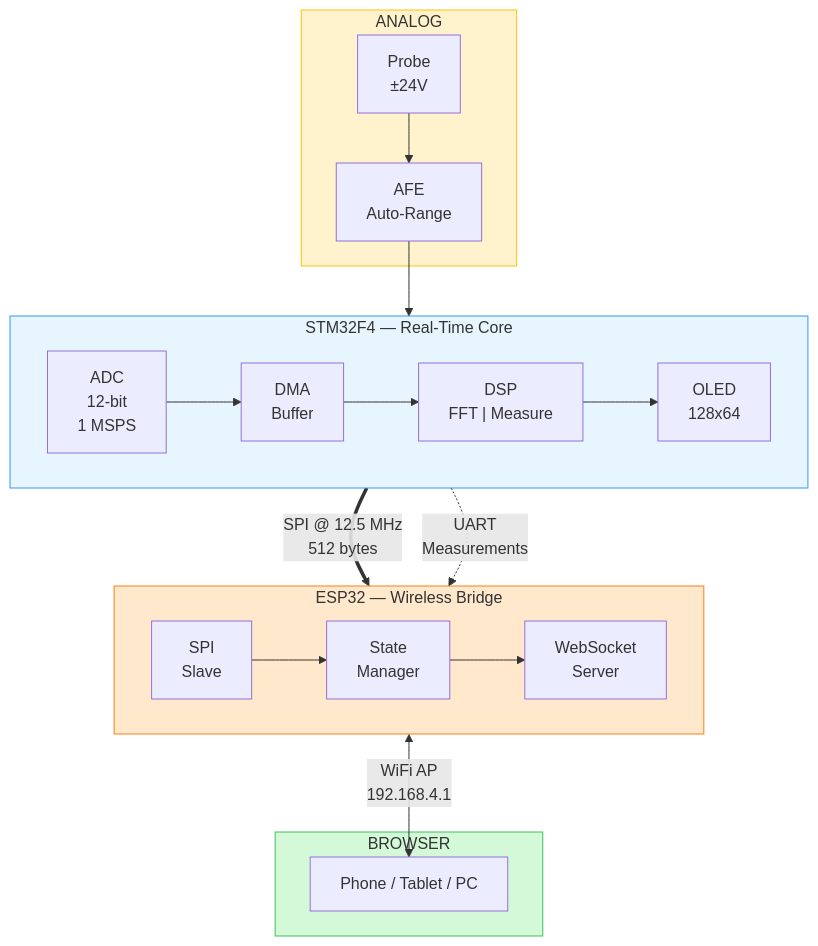
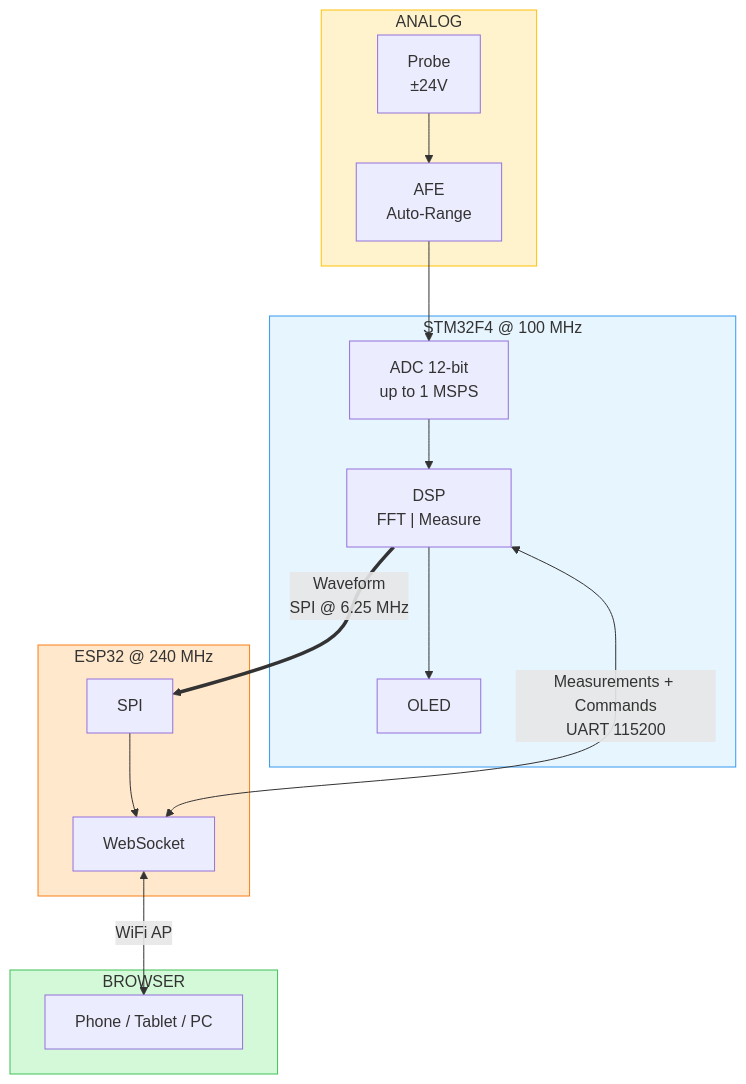
The first of 3 diagrams in README.md (mohammadrezasafaeian/smart-wireless-oscilloscope), drawn with Mermaid before and after one commit. The commit also changed other lines of this file, not shown here.

````diff
--- a/README.md
+++ b/README.md
@@ -34,31 +34,29 @@
 ```mermaid
 flowchart TB
     subgraph ANALOG["ANALOG"]
-        PROBE["Probe\n±24V"] --> AFE["AFE\nAuto-Range"]
+        PROBE["Probe<br>±24V"] --> AFE["AFE<br>Auto-Range"]
     end
 
-    subgraph STM32["STM32F4 — Real-Time Core"]
-        direction LR
-        ADC["ADC\n12-bit\n1 MSPS"] --> DMA["DMA\nBuffer"] --> DSP["DSP\nFFT | Measure"]
-        DSP --> OLED["OLED\n128x64"]
+    subgraph STM32["STM32F4 @ 100 MHz"]
+        ADC["ADC 12-bit<br>up to 1 MSPS"] --> DSP["DSP<br>FFT | Measure"]
+        DSP --> OLED["OLED"]
     end
 
-    subgraph ESP32["ESP32 — Wireless Bridge"]
-        direction LR
-        SPI_S["SPI\nSlave"] --> STATE["State\nManager"] --> WS["WebSocket\nServer"]
+    subgraph ESP32["ESP32 @ 240 MHz"]
+        SPI_S["SPI"] --> WS["WebSocket"]
     end
 
     subgraph CLIENT["BROWSER"]
         UI["Phone / Tablet / PC"]
     end
 
     AFE --> ADC
-    DSP ==>|"SPI @ 12.5 MHz\n512 bytes"| SPI_S
-    DSP -.->|"UART\nMeasurements"| STATE
-    WS <-->|"WiFi AP\n192.168.4.1"| UI
+    DSP ==>|"Waveform<br>SPI @ 6.25 MHz"| SPI_S
+    DSP <-->|"Measurements + Commands<br>UART 115200"| WS
+    WS <-->|"WiFi AP"| UI
 
     style ANALOG fill:#fff3cd,stroke:#ffc107
     style STM32 fill:#e7f5ff,stroke:#339af0
     style ESP32 fill:#ffe8cc,stroke:#fd7e14
     style CLIENT fill:#d3f9d8,stroke:#40c057
 ```
````
